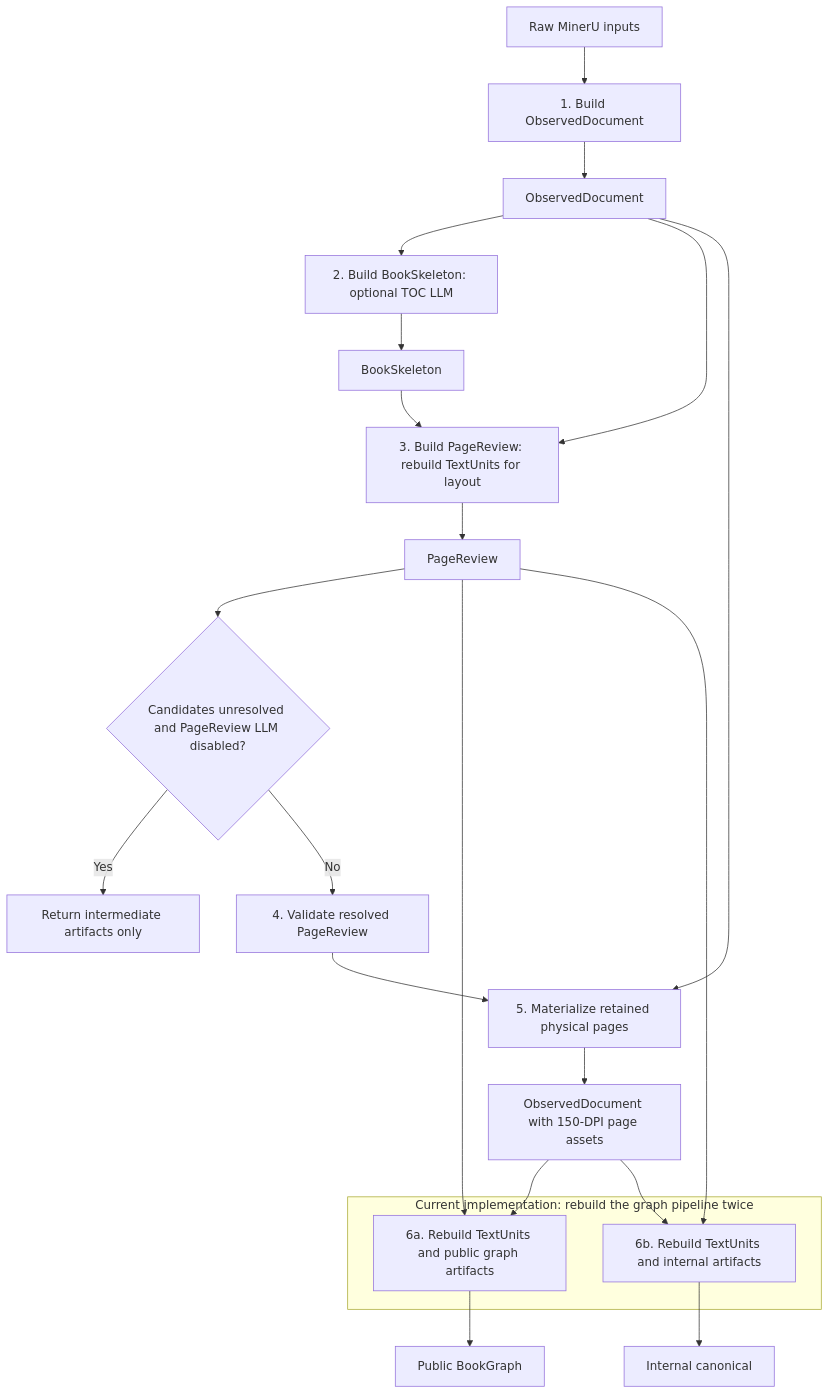
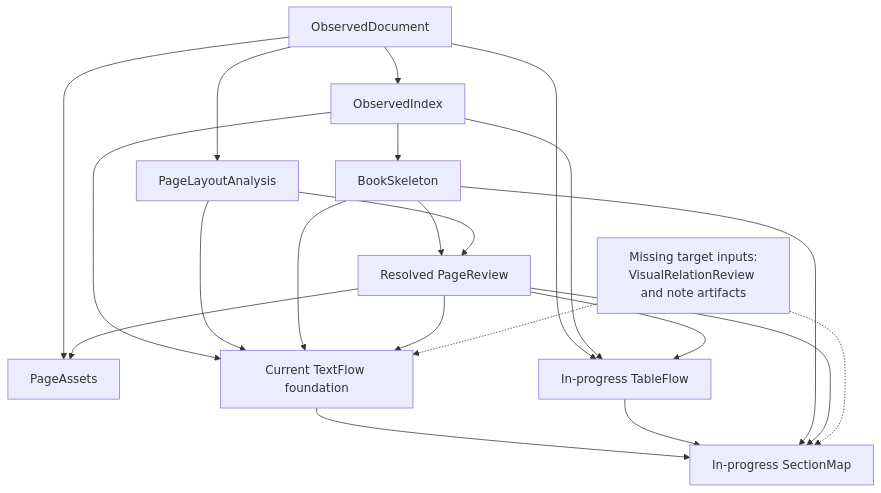
The third of 3 diagrams in docs/architecture.md (jenslewie/inkline), drawn with Mermaid before and after one commit. The commit also changed other lines of this file and 7 other files, not shown here.

Commit message:
docs: replan pre-section artifact flow

````diff
--- a/docs/architecture.md
+++ b/docs/architecture.md
@@ -96,31 +138,34 @@
 ```mermaid
 flowchart TD
-    raw["Raw MinerU inputs"] --> build_observed["1. Build ObservedDocument"]
-    build_observed --> observed["ObservedDocument"]
+    observed["ObservedDocument"]
+    index["ObservedIndex"]
+    layout["PageLayoutAnalysis"]
+    skeleton["BookSkeleton"]
+    review["Resolved PageReview"]
+    assets["PageAssets"]
+    currentFlow["Current TextFlow foundation"]
+    currentTables["In-progress TableFlow"]
+    currentSection["In-progress SectionMap"]
+    missing["Missing target inputs:<br/>VisualRelationReview and note artifacts"]
 
-    observed --> build_skeleton["2. Build BookSkeleton: optional TOC LLM"]
-    build_skeleton --> skeleton["BookSkeleton"]
-
-    observed --> build_review["3. Build PageReview: rebuild TextUnits for layout"]
-    skeleton --> build_review
-    build_review --> page_review["PageReview"]
-
-    page_review --> unresolved{"Candidates unresolved and PageReview LLM disabled?"}
-    unresolved -->|"Yes"| intermediate["Return intermediate artifacts only"]
-    unresolved -->|"No"| validate["4. Validate resolved PageReview"]
-
-    observed --> materialize["5. Materialize retained physical pages"]
-    validate --> materialize
-    materialize --> observed_assets["ObservedDocument with 150-DPI page assets"]
-
-    subgraph duplicated_build["Current implementation: rebuild the graph pipeline twice"]
-        public_builder["6a. Rebuild TextUnits and public graph artifacts"]
-        internal_builder["6b. Rebuild TextUnits and internal artifacts"]
-    end
-    observed_assets --> public_builder
-    page_review --> public_builder
-    observed_assets --> internal_builder
-    page_review --> internal_builder
-    public_builder --> public_graph["Public BookGraph"]
-    internal_builder --> internal_canonical["Internal canonical"]
+    observed --> index
+    observed --> layout
+    index --> skeleton
+    skeleton --> review
+    layout --> review
+    observed --> assets
+    review --> assets
+    index --> currentFlow
+    layout --> currentFlow
+    skeleton --> currentFlow
+    review --> currentFlow
+    observed --> currentTables
+    index --> currentTables
+    review --> currentTables
+    currentFlow --> currentSection
+    currentTables --> currentSection
+    skeleton --> currentSection
+    review --> currentSection
+    missing -.-> currentFlow
+    missing -.-> currentSection
 ```
````
